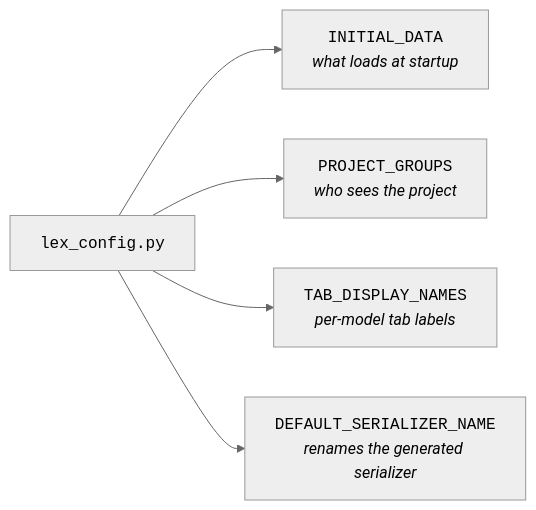
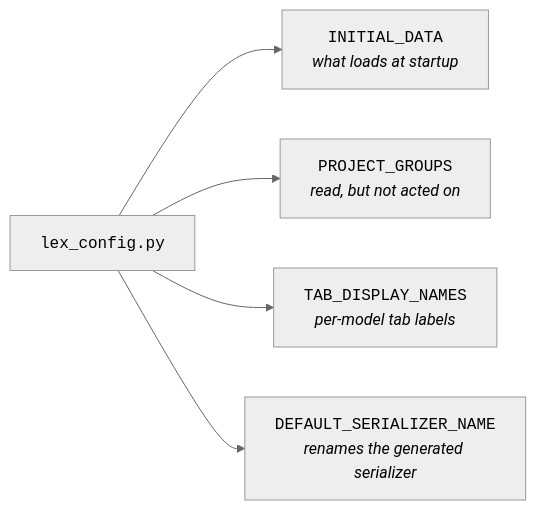
One commit to ExcellenceCloudGmbH/lex-app-docs changed the diagram in content/reference/lex_config.md. Above: the diagram before and after it, drawn with Mermaid (neutral theme). The commit also changed other lines of this file and 14 other files, not shown here.

````diff
--- a/content/reference/lex_config.md
+++ b/content/reference/lex_config.md
@@ -12,8 +12,8 @@
 ```mermaid
 flowchart LR
     F["<code>lex_config.py</code>"]
     F --> A["<code>INITIAL_DATA</code><br/><i>what loads at startup</i>"]
-    F --> B["<code>PROJECT_GROUPS</code><br/><i>who sees the project</i>"]
+    F --> B["<code>PROJECT_GROUPS</code><br/><i>read, but not acted on</i>"]
     F --> C["<code>TAB_DISPLAY_NAMES</code><br/><i>per-model tab labels</i>"]
     F --> D["<code>DEFAULT_SERIALIZER_NAME</code><br/><i>renames the generated serializer</i>"]
 ```
````
